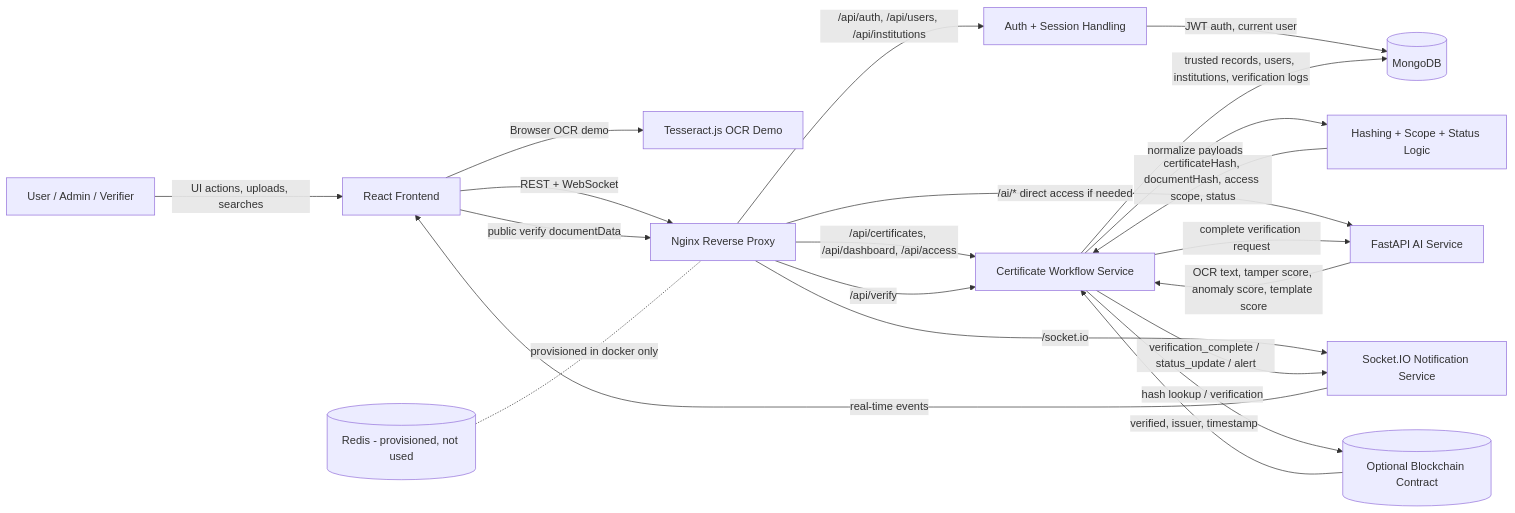
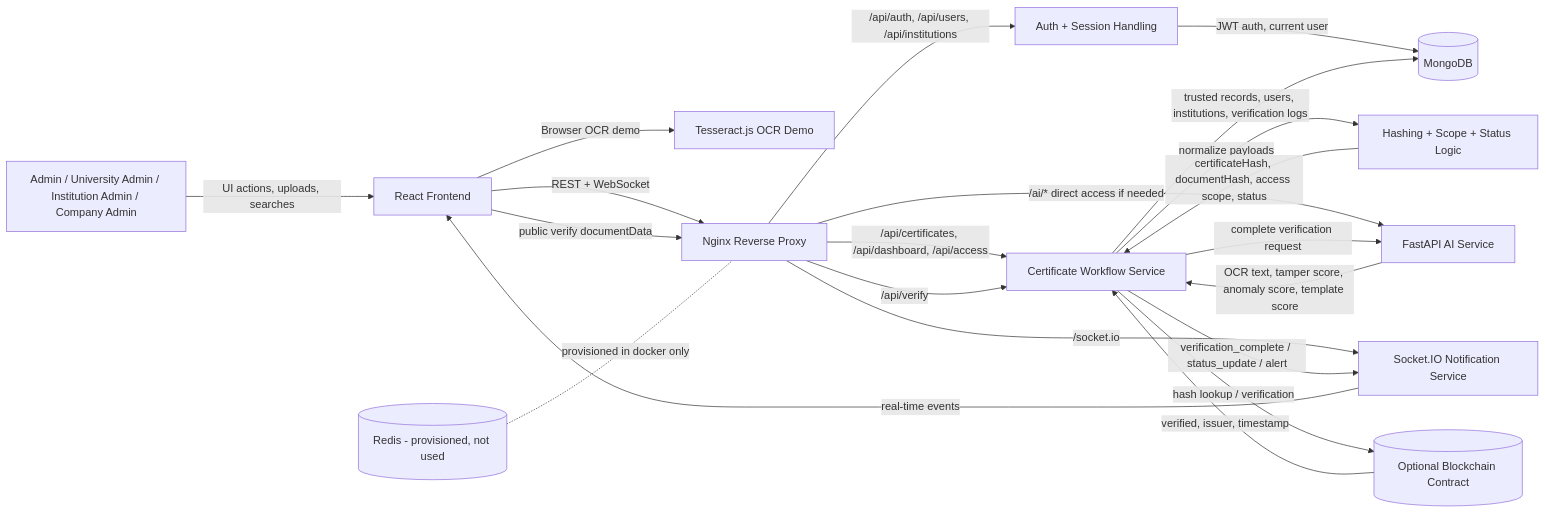
One commit to ombalgude/validator2.o changed the second of 3 diagrams in docs/diagrams.md. Above: the diagram before and after it, drawn with Mermaid. The commit also changed other lines of this file and 4 other files, not shown here.

````diff
--- a/docs/diagrams.md
+++ b/docs/diagrams.md
@@ -89,44 +89,44 @@
 ```mermaid
 flowchart LR
-    U[User / Admin / Verifier]
+    U[Admin / University Admin / Institution Admin / Company Admin]
     FE[React Frontend]
     OCR[Tesseract.js OCR Demo]
     NX[Nginx Reverse Proxy]
 
     AUTH[Auth + Session Handling]
     CERT[Certificate Workflow Service]
     LOGIC[Hashing + Scope + Status Logic]
     NOTIFY[Socket.IO Notification Service]
     DB[(MongoDB)]
     AI[FastAPI AI Service]
     BC[(Optional Blockchain Contract)]
     REDIS[(Redis - provisioned, not used)]
 
     U -->|UI actions, uploads, searches| FE
     FE -->|Browser OCR demo| OCR
     FE -->|REST + WebSocket| NX
 
     NX -->|/api/auth, /api/users, /api/institutions| AUTH
     NX -->|/api/certificates, /api/dashboard, /api/access| CERT
     NX -->|/socket.io| NOTIFY
     NX -->|/ai/* direct access if needed| AI
 
     AUTH -->|JWT auth, current user| DB
 
     CERT -->|normalize payloads| LOGIC
     LOGIC -->|certificateHash, documentHash, access scope, status| CERT
 
     CERT -->|trusted records, users, institutions, verification logs| DB
     CERT -->|complete verification request| AI
     AI -->|OCR text, tamper score, anomaly score, template score| CERT
 
     CERT -->|verification_complete / status_update / alert| NOTIFY
     NOTIFY -->|real-time events| FE
 
     FE -->|public verify documentData| NX
     NX -->|/api/verify| CERT
     CERT -->|hash lookup / verification| BC
     BC -->|verified, issuer, timestamp| CERT
 
     REDIS -. provisioned in docker only .- NX
 ```
````
